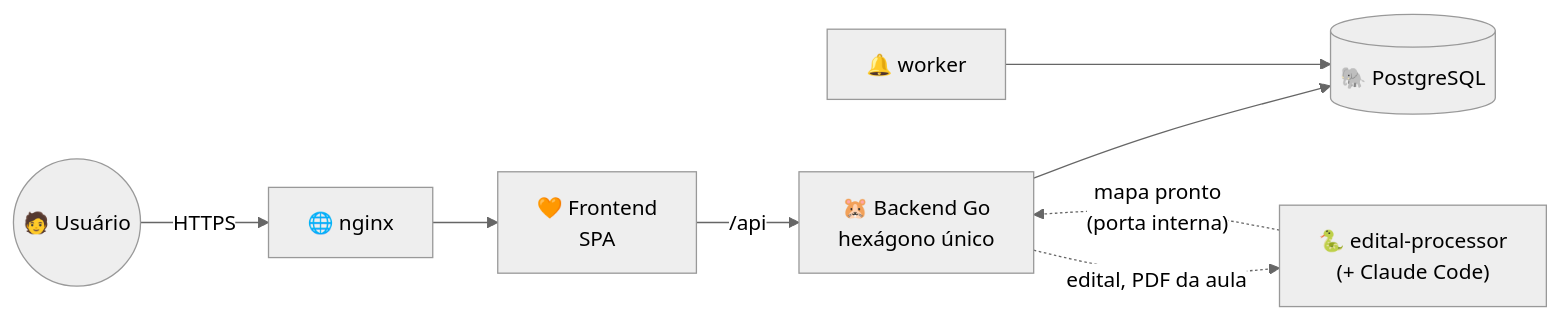
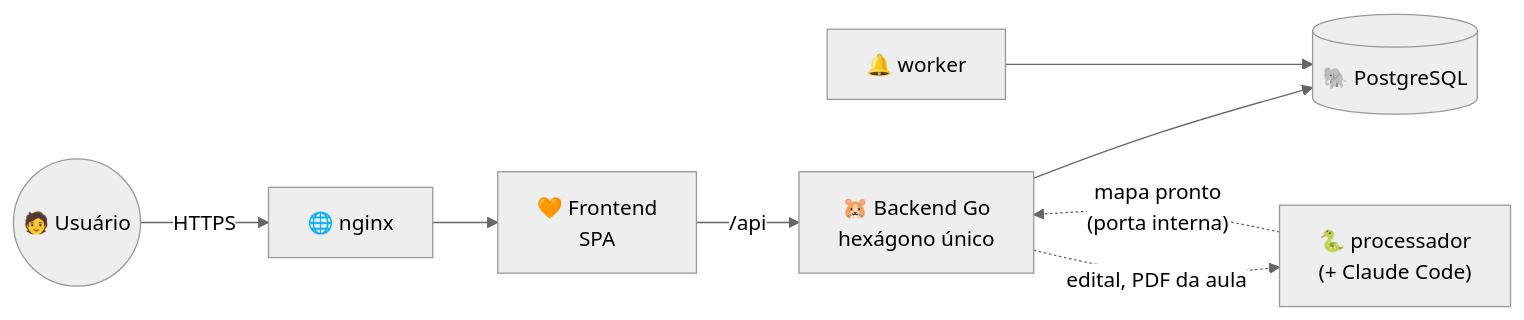
Before and after one commit to caetasousa/studygo: the first of 2 diagrams in docs/arquitetura.md, drawn with Mermaid (neutral theme). The commit also changed other lines of this file and 164 other files, not shown here.

First line of the commit message:
refactor: edital-processor vira processador

````diff
--- a/docs/arquitetura.md
+++ b/docs/arquitetura.md
@@ -22,10 +22,10 @@
 ```mermaid
 flowchart LR
     U(("🧑 Usuário")) -- HTTPS --> N["🌐 nginx"]
     N --> F["🧡 Frontend<br/>SPA"]
     F -- "/api" --> B["🐹 Backend Go<br/>hexágono único"]
     B --> P[("🐘 PostgreSQL")]
-    B -. "edital, PDF da aula" .-> E["🐍 edital-processor<br/>(+ Claude Code)"]
+    B -. "edital, PDF da aula" .-> E["🐍 processador<br/>(+ Claude Code)"]
     E -. "mapa pronto<br/>(porta interna)" .-> B
     W["🔔 worker"] --> P
 ```
````
